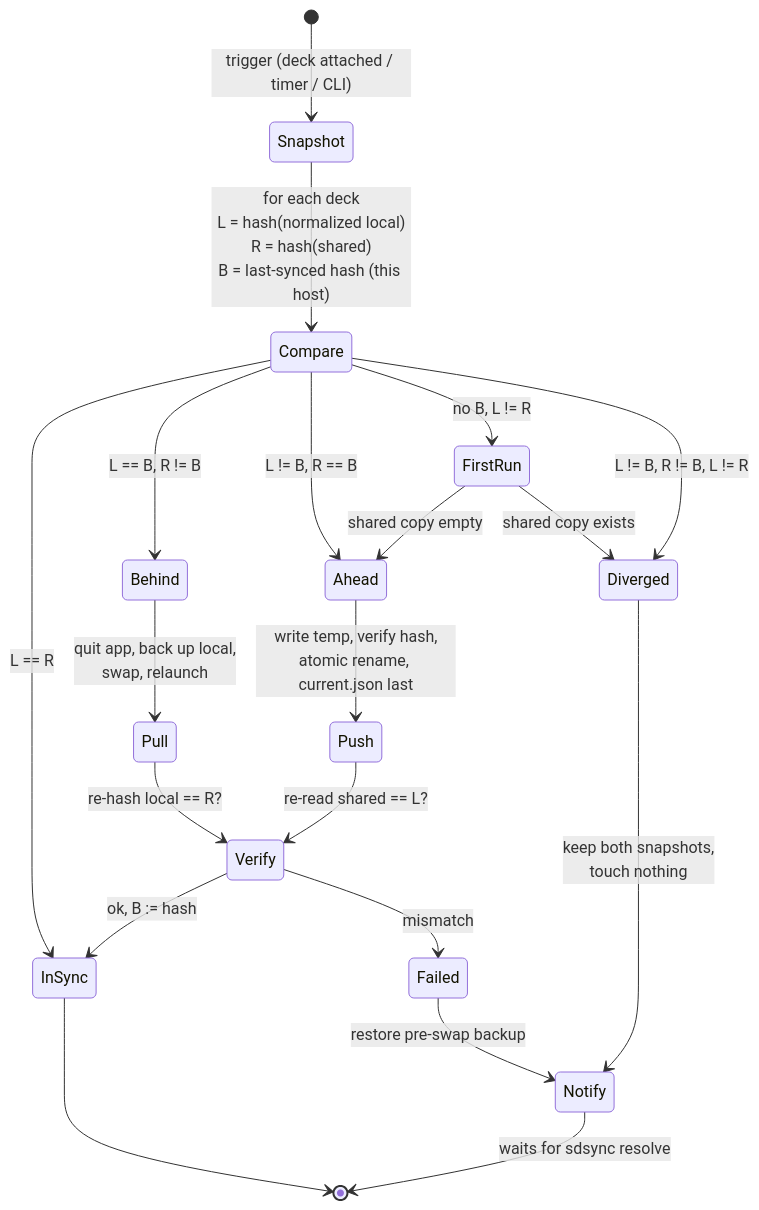
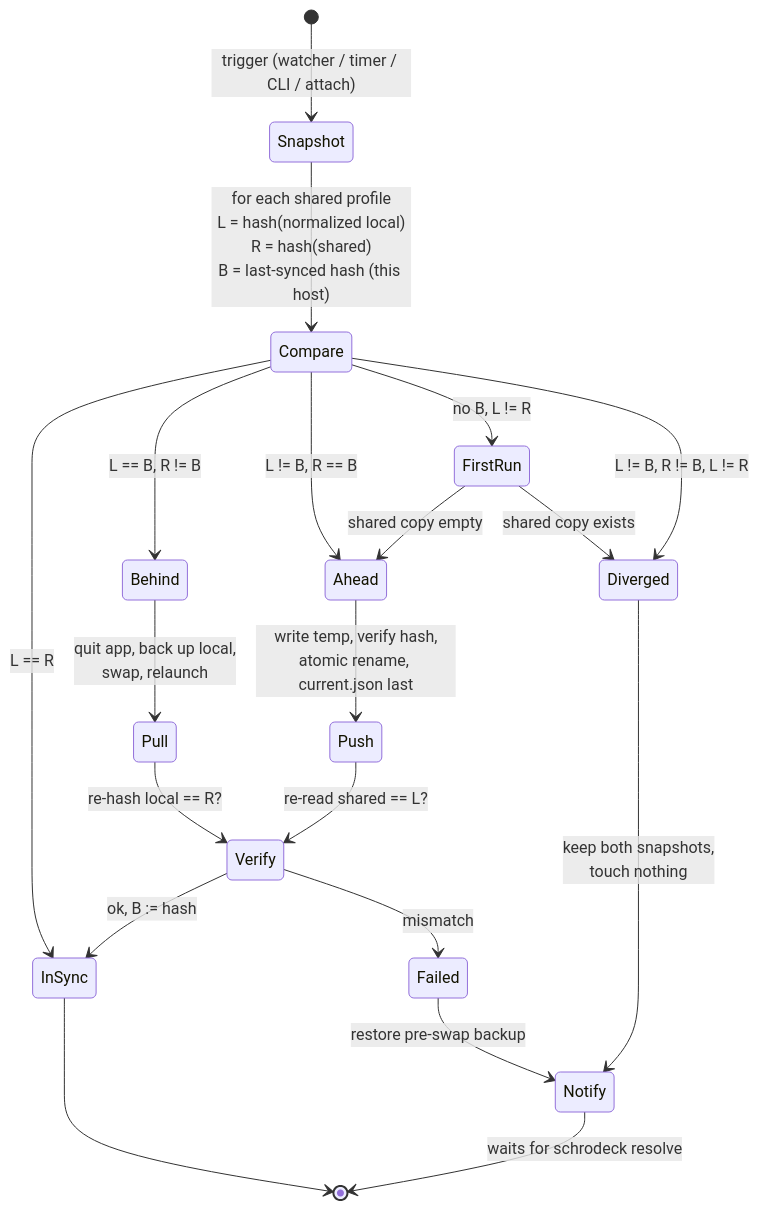
Before and after one commit to csmarshall/mac-streamdeck-sync: the diagram in docs/sync-states.mmd, drawn with Mermaid. The commit also changed 25 other files, not shown here.

Commit message:
docs: ADRs 0001-0021 (0021 proposed), store-write diagram, sync diagram per shared profile

```diff
--- a/docs/sync-states.mmd
+++ b/docs/sync-states.mmd
@@ -1,21 +1,21 @@
 stateDiagram-v2
     direction TB
-    [*] --> Snapshot: trigger (deck attached / timer / CLI)
-    Snapshot --> Compare: for each deck<br/>L = hash(normalized local)<br/>R = hash(shared)<br/>B = last-synced hash (this host)
+    [*] --> Snapshot: trigger (watcher / timer / CLI / attach)
+    Snapshot --> Compare: for each shared profile<br/>L = hash(normalized local)<br/>R = hash(shared)<br/>B = last-synced hash (this host)
     Compare --> InSync: L == R
     Compare --> Behind: L == B, R != B
     Compare --> Ahead: L != B, R == B
     Compare --> FirstRun: no B, L != R
     Compare --> Diverged: L != B, R != B, L != R
     FirstRun --> Ahead: shared copy empty
     FirstRun --> Diverged: shared copy exists
     Behind --> Pull: quit app, back up local,<br/>swap, relaunch
     Ahead --> Push: write temp, verify hash,<br/>atomic rename, current.json last
     Pull --> Verify: re-hash local == R?
     Push --> Verify: re-read shared == L?
     Verify --> InSync: ok, B := hash
     Verify --> Failed: mismatch
     Failed --> Notify: restore pre-swap backup
     Diverged --> Notify: keep both snapshots,<br/>touch nothing
     InSync --> [*]
-    Notify --> [*]: waits for sdsync resolve
+    Notify --> [*]: waits for schrodeck resolve
```
